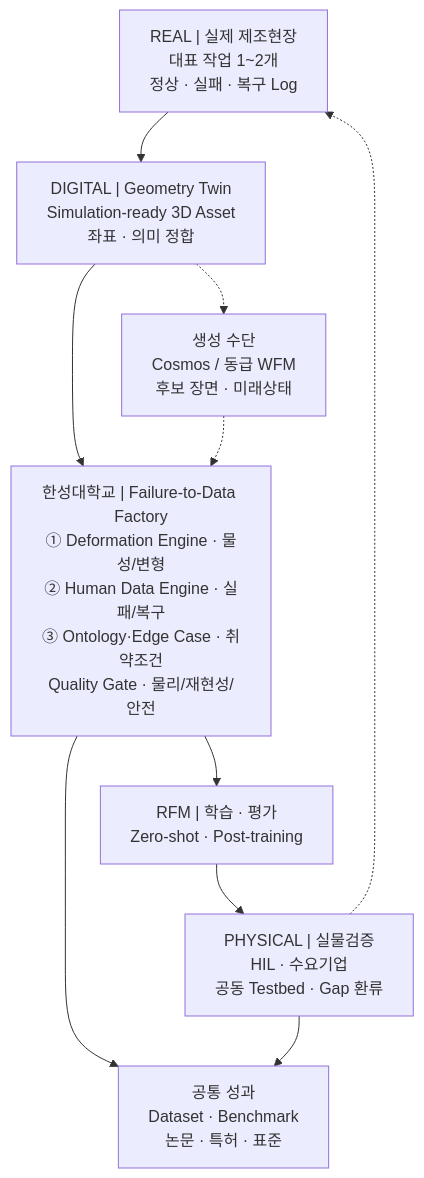
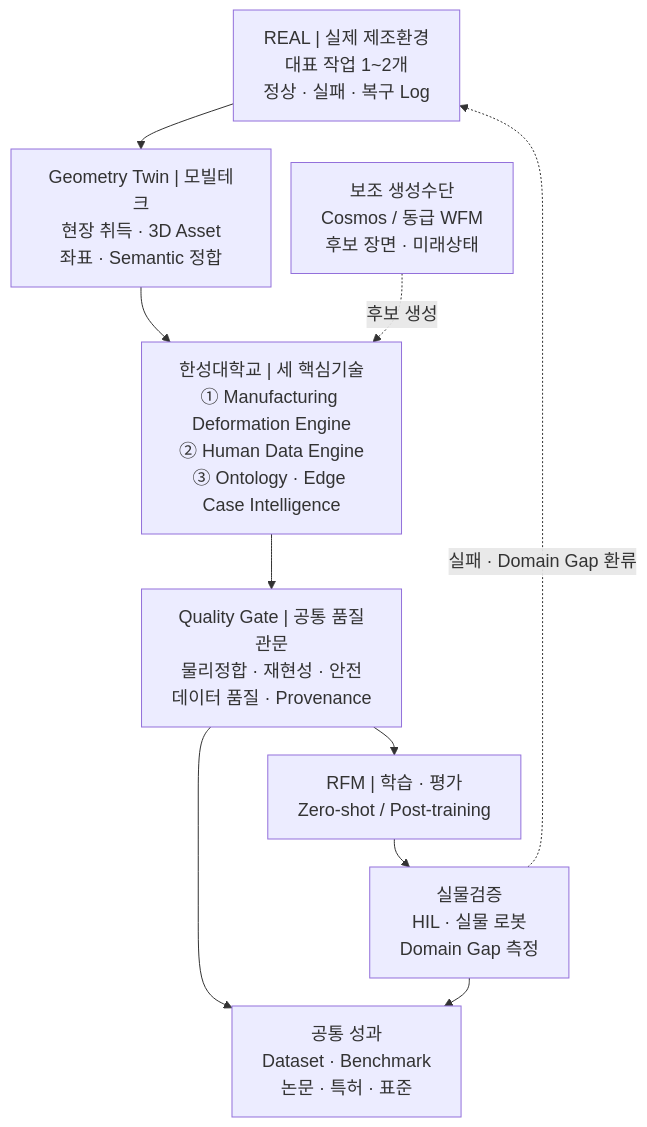
Before and after one commit to parclab-hsu/parclab-hsu.github.io: the first of 2 diagrams in homepage-src/docs/projects/manufacturing-data-factory-rfm/index.md, drawn with Mermaid. The commit also changed other lines of this file and 4 other files, not shown here.

````diff
--- a/homepage-src/docs/projects/manufacturing-data-factory-rfm/index.md
+++ b/homepage-src/docs/projects/manufacturing-data-factory-rfm/index.md
@@ -29,16 +172,18 @@
 ```mermaid
+%%{init: {"themeVariables": {"fontSize": "18px"}, "flowchart": {"nodeSpacing": 20, "rankSpacing": 28}}}%%
 flowchart TB
-    REAL["REAL | 실제 제조현장<br/>대표 작업 1~2개<br/>정상 · 실패 · 복구 Log"]
-    GEO["DIGITAL | Geometry Twin<br/>Simulation-ready 3D Asset<br/>좌표 · 의미 정합"]
-    WFM["생성 수단<br/>Cosmos / 동급 WFM<br/>후보 장면 · 미래상태"]
-    CORE["한성대학교 | Failure-to-Data Factory<br/>① Deformation Engine · 물성/변형<br/>② Human Data Engine · 실패/복구<br/>③ Ontology·Edge Case · 취약조건<br/>Quality Gate · 물리/재현성/안전"]
-    RFM["RFM | 학습 · 평가<br/>Zero-shot · Post-training"]
-    TEST["PHYSICAL | 실물검증<br/>HIL · 수요기업<br/>공동 Testbed · Gap 환류"]
-    OUTPUT["공통 성과<br/>Dataset · Benchmark<br/>논문 · 특허 · 표준"]
+    REAL["REAL | 실제 제조환경<br/>대표 작업 1~2개<br/>정상 · 실패 · 복구 Log"]
+    GEO["Geometry Twin | 모빌테크<br/>현장 취득 · 3D Asset<br/>좌표 · Semantic 정합"]
+    WFM["보조 생성수단<br/>Cosmos / 동급 WFM<br/>후보 장면 · 미래상태"]
+    CORE["한성대학교 | 세 핵심기술<br/>① Manufacturing Deformation Engine<br/>② Human Data Engine<br/>③ Ontology · Edge Case Intelligence"]
+    GATE["Quality Gate | 공통 품질관문<br/>물리정합 · 재현성 · 안전<br/>데이터 품질 · Provenance"]
+    RFM["RFM | 학습 · 평가<br/>Zero-shot / Post-training"]
+    TEST["실물검증<br/>HIL · 실물 로봇<br/>Domain Gap 측정"]
+    OUT["공통 성과<br/>Dataset · Benchmark<br/>논문 · 특허 · 표준"]
 
-    REAL --> GEO --> CORE --> RFM --> TEST
-    GEO -.-> WFM -.-> CORE
-    CORE --> OUTPUT
-    TEST --> OUTPUT
-    TEST -.-> REAL
+    REAL --> GEO --> CORE --> GATE --> RFM --> TEST
+    WFM -. "후보 생성" .-> CORE
+    GATE --> OUT
+    TEST --> OUT
+    TEST -. "실패 · Domain Gap 환류" .-> REAL
 ```
````
